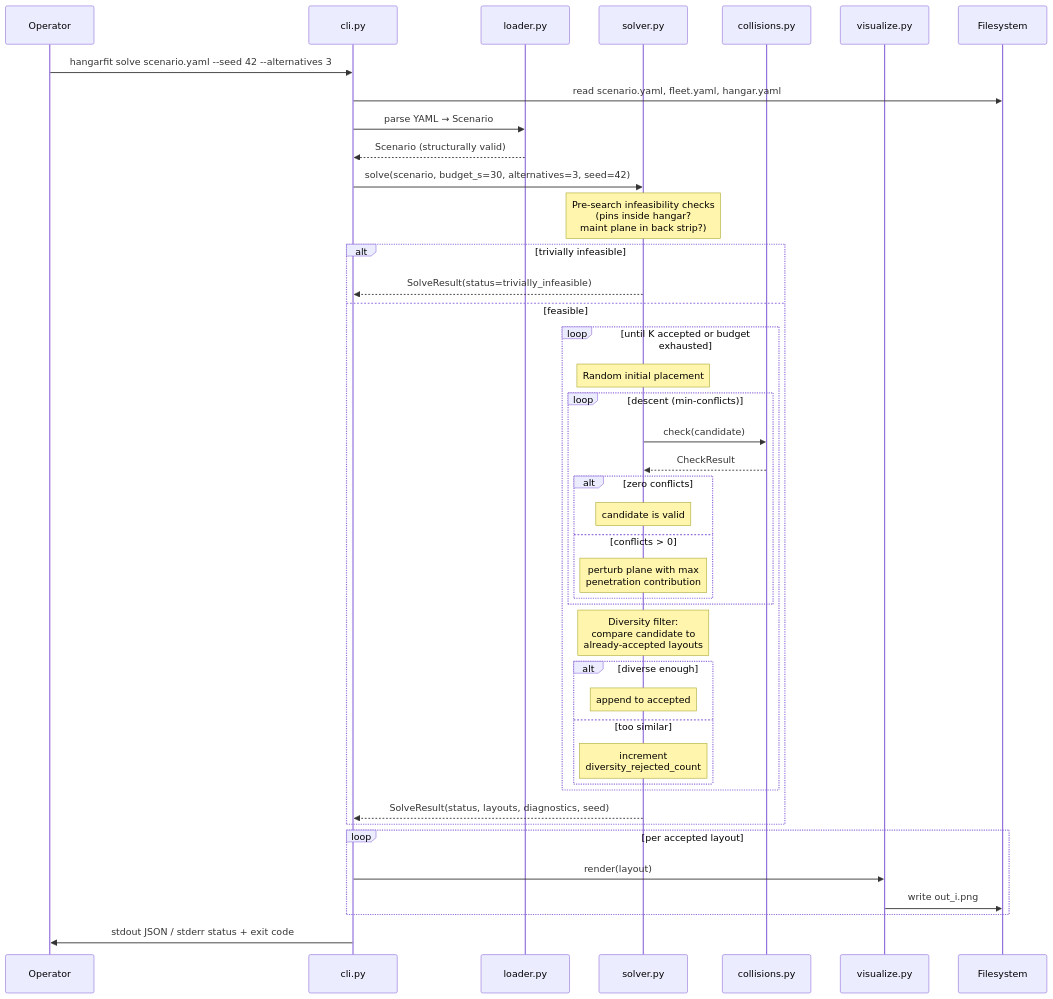
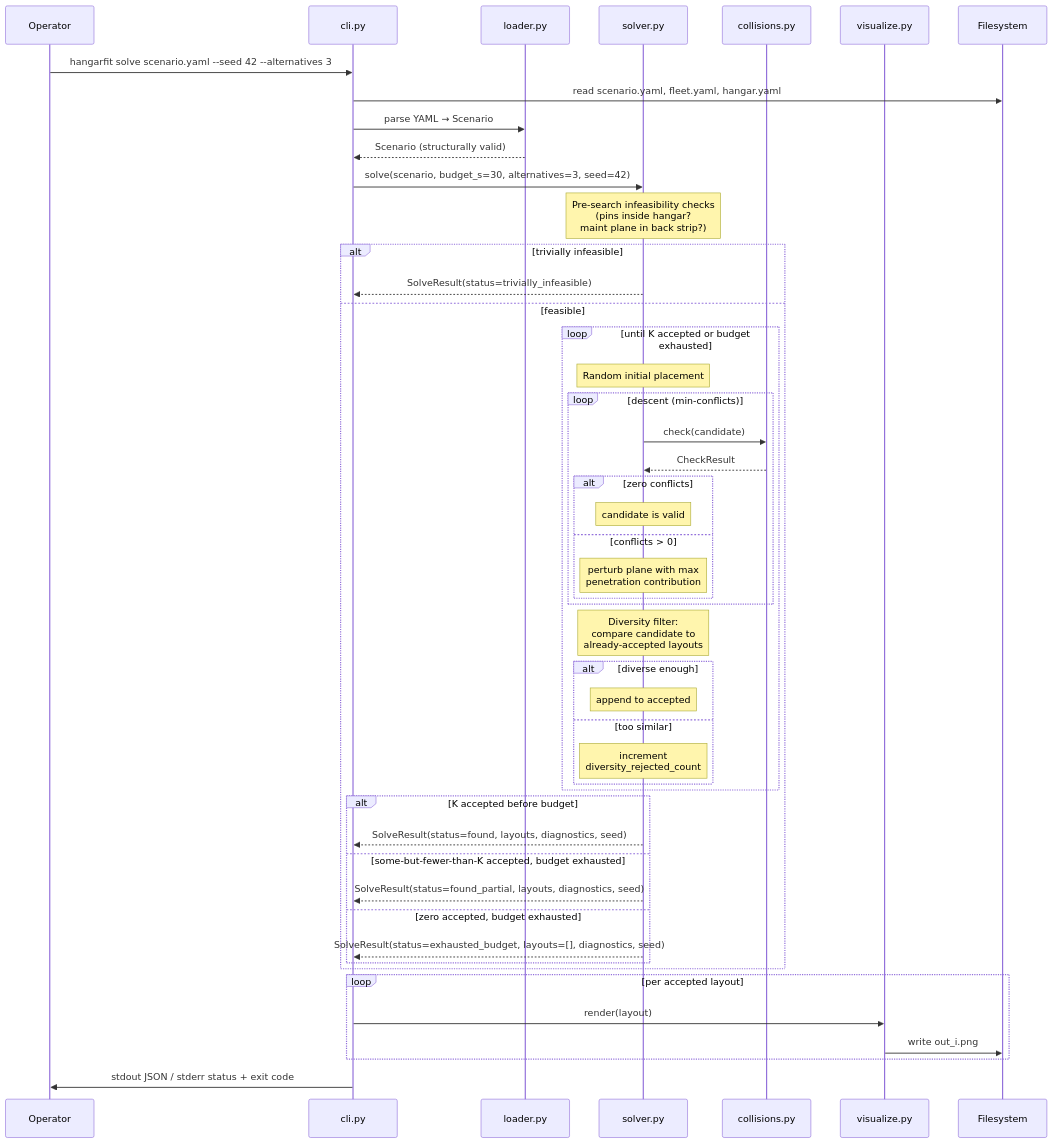
Before and after one commit to DocGerd/hangarfit: the second of 2 diagrams in docs/architecture/06-runtime-view.md, drawn with Mermaid. The commit also changed other lines of this file and 2 other files, not shown here.

````diff
--- a/docs/architecture/06-runtime-view.md
+++ b/docs/architecture/06-runtime-view.md
@@ -61,47 +61,53 @@
 ```mermaid
 sequenceDiagram
     participant Op as Operator
     participant CLI as cli.py
     participant Loader as loader.py
     participant Solver as solver.py
     participant Coll as collisions.py
     participant Viz as visualize.py
     participant FS as Filesystem
 
     Op->>CLI: hangarfit solve scenario.yaml --seed 42 --alternatives 3
     CLI->>FS: read scenario.yaml, fleet.yaml, hangar.yaml
     CLI->>Loader: parse YAML → Scenario
     Loader-->>CLI: Scenario (structurally valid)
 
     CLI->>Solver: solve(scenario, budget_s=30, alternatives=3, seed=42)
     Note over Solver: Pre-search infeasibility checks<br/>(pins inside hangar?<br/>maint plane in back strip?)
     alt trivially infeasible
         Solver-->>CLI: SolveResult(status=trivially_infeasible)
     else feasible
         loop until K accepted or budget exhausted
             Note over Solver: Random initial placement
             loop descent (min-conflicts)
                 Solver->>Coll: check(candidate)
                 Coll-->>Solver: CheckResult
                 alt zero conflicts
                     Note over Solver: candidate is valid
                 else conflicts > 0
                     Note over Solver: perturb plane with max<br/>penetration contribution
                 end
             end
             Note over Solver: Diversity filter:<br/>compare candidate to<br/>already-accepted layouts
             alt diverse enough
                 Note over Solver: append to accepted
             else too similar
                 Note over Solver: increment<br/>diversity_rejected_count
             end
         end
-        Solver-->>CLI: SolveResult(status, layouts, diagnostics, seed)
+        alt K accepted before budget
+            Solver-->>CLI: SolveResult(status=found, layouts, diagnostics, seed)
+        else some-but-fewer-than-K accepted, budget exhausted
+            Solver-->>CLI: SolveResult(status=found_partial, layouts, diagnostics, seed)
+        else zero accepted, budget exhausted
+            Solver-->>CLI: SolveResult(status=exhausted_budget, layouts=[], diagnostics, seed)
+        end
     end
 
     loop per accepted layout
         CLI->>Viz: render(layout)
         Viz->>FS: write out_i.png
     end
     CLI->>Op: stdout JSON / stderr status + exit code
 ```
````
